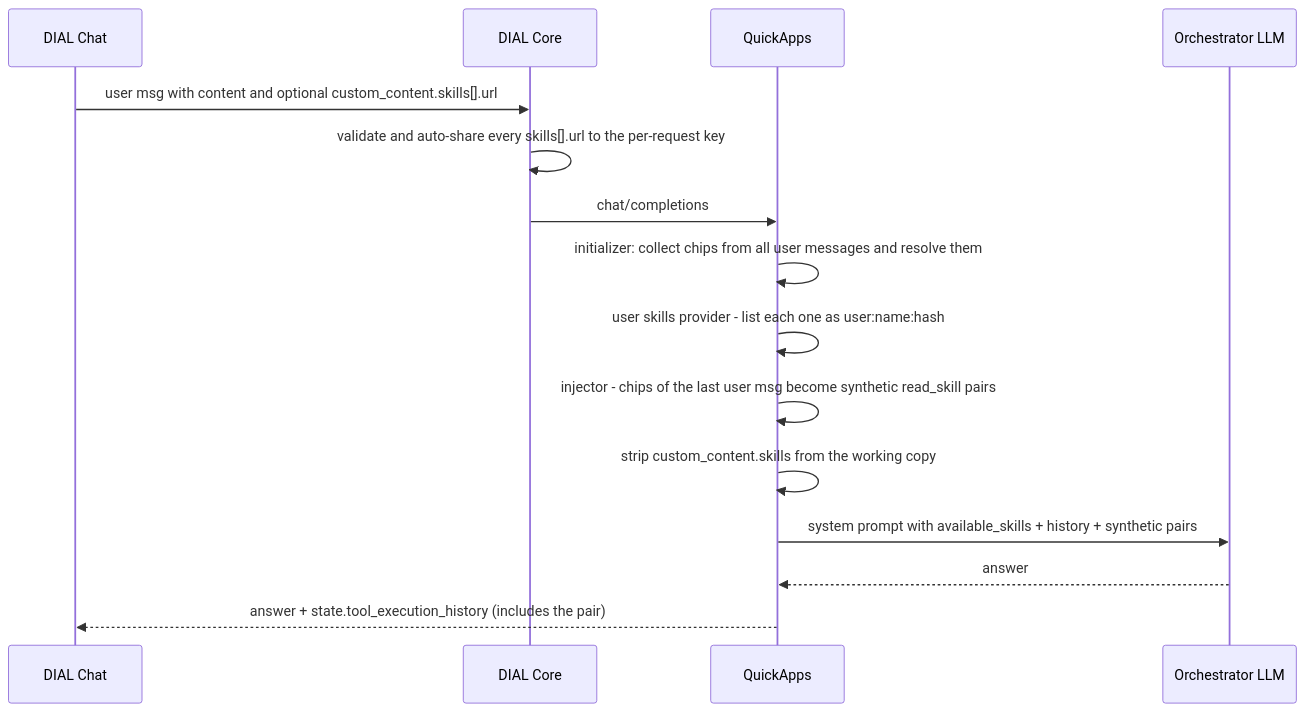
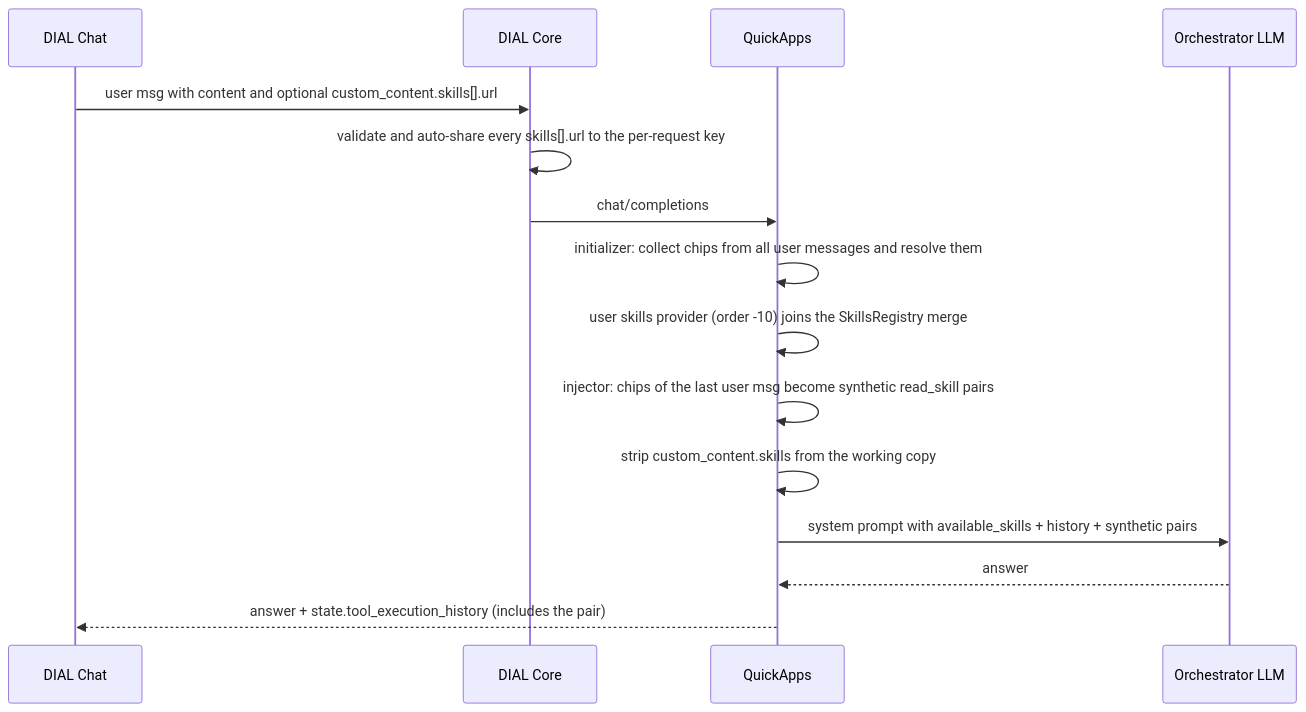
Before and after one commit to epam/ai-dial-quickapps-backend: the diagram in docs/designs/skill_invocation.md, drawn with Mermaid. The commit also changed other lines of this file, not shown here.

First line of the commit message:
docs: rewrite the skill invocation design as phase 1a #549

````diff
--- a/docs/designs/skill_invocation.md
+++ b/docs/designs/skill_invocation.md
@@ -123,18 +118,18 @@
 ```mermaid
 sequenceDiagram
     participant Chat as DIAL Chat
     participant Core as DIAL Core
     participant QA as QuickApps
     participant LLM as Orchestrator LLM
 
     Chat->>Core: user msg with content and optional custom_content.skills[].url
     Core->>Core: validate and auto-share every skills[].url to the per-request key
     Core->>QA: chat/completions
     QA->>QA: initializer: collect chips from all user messages and resolve them
-    QA->>QA: user skills provider - list each one as user:name:hash
-    QA->>QA: injector - chips of the last user msg become synthetic read_skill pairs
+    QA->>QA: user skills provider (order -10) joins the SkillsRegistry merge
+    QA->>QA: injector: chips of the last user msg become synthetic read_skill pairs
     QA->>QA: strip custom_content.skills from the working copy
     QA->>LLM: system prompt with available_skills + history + synthetic pairs
     LLM-->>QA: answer
     QA-->>Chat: answer + state.tool_execution_history (includes the pair)
 ```
````
